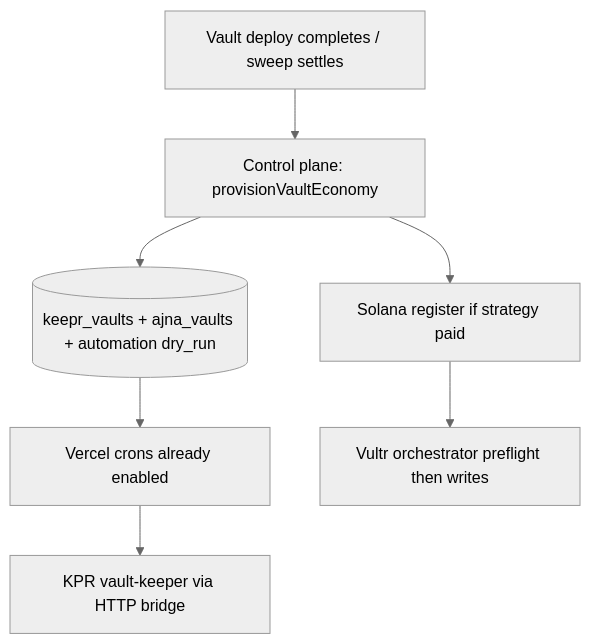
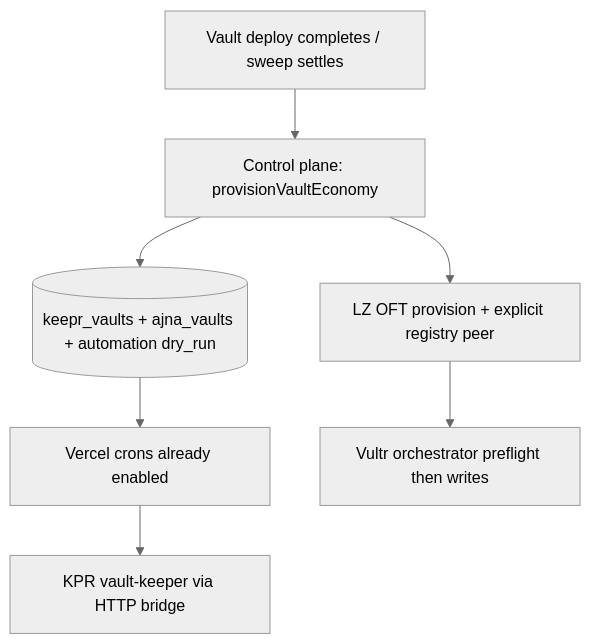
One commit to 4626fun/4626 changed the diagram in docs/_internal/operations/akita/akita-keeper-stack-activation.md. Above: the diagram before and after it, drawn with Mermaid (neutral theme). The commit also changed other lines of this file and 128 other files, not shown here.

````diff
--- a/docs/_internal/operations/akita/akita-keeper-stack-activation.md
+++ b/docs/_internal/operations/akita/akita-keeper-stack-activation.md
@@ -186,17 +196,17 @@
 ```mermaid
 flowchart TD
   deploy[Vault deploy completes / sweep settles]
   cp[Control plane: provisionVaultEconomy]
   db[(keepr_vaults + ajna_vaults + automation dry_run)]
-  sol[Solana register if strategy paid]
+  sol[LZ OFT provision + explicit registry peer]
   vercel[Vercel crons already enabled]
   vultr[Vultr orchestrator preflight then writes]
   kpr[KPR vault-keeper via HTTP bridge]
 
   deploy --> cp
   cp --> db
   cp --> sol
   db --> vercel
   sol --> vultr
   vercel --> kpr
 ```
````
